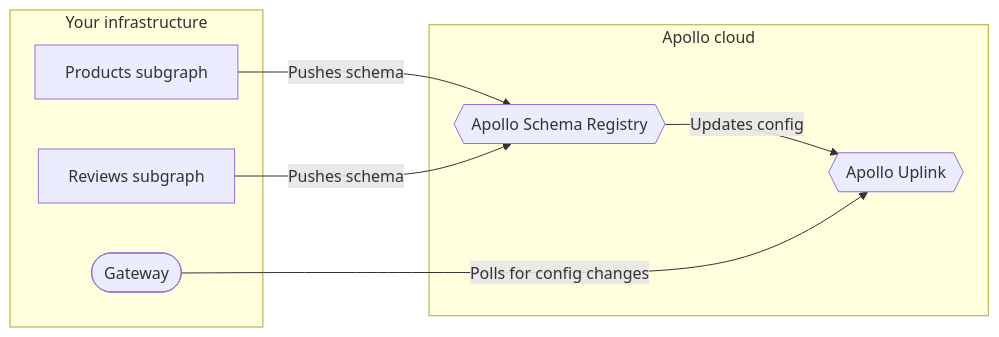
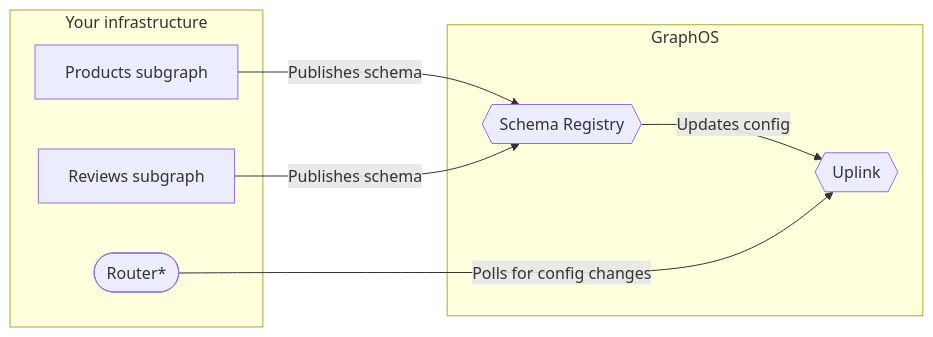
Before and after one commit to apollographql/federation: the diagram in docs/source/managed-federation/uplink.mdx, drawn with Mermaid. The commit also changed other lines of this file and 4 other files, not shown here.

````diff
--- a/docs/source/managed-federation/uplink.mdx
+++ b/docs/source/managed-federation/uplink.mdx
@@ -8,17 +8,17 @@
 ```mermaid
 graph LR;
   subgraph "Your infrastructure"
   serviceA[Products subgraph];
   serviceB[Reviews subgraph];
-  gateway([Gateway]);
+  router([Router*]);
   end
-  subgraph "Apollo cloud"
-  registry{{Apollo Schema Registry}};
-  uplink{{Apollo Uplink}}
+  subgraph "GraphOS"
+  registry{{Schema Registry}};
+  uplink{{Uplink}}
   end
-  serviceA & serviceB -->|Pushes schema| registry;
+  serviceA & serviceB -->|Publishes schema| registry;
   registry -->|Updates config| uplink;
-  gateway -->|Polls for config changes| uplink;
+  router -->|Polls for config changes| uplink;
   class registry secondary;
   class uplink secondary;
 ```
````
